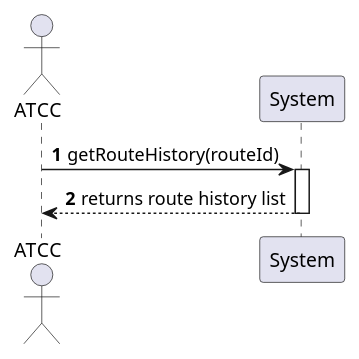
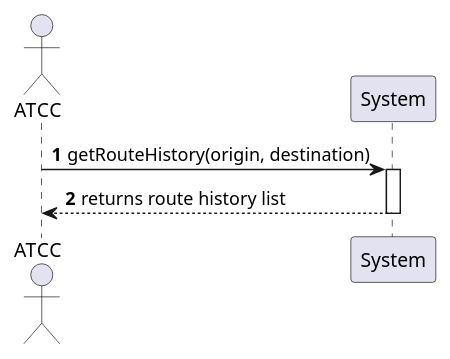
Before and after one commit to VascoMagolo/psoft_1231562_1241692_1242036_2db: the diagram in docs/system-documentation/use-cases/WP3A/US111/puml/ssd_us111.puml, drawn with PlantUML. The commit also changed 3 other files, not shown here.

```diff
--- a/docs/system-documentation/use-cases/WP3A/US111/puml/ssd_us111.puml
+++ b/docs/system-documentation/use-cases/WP3A/US111/puml/ssd_us111.puml
@@ -1,10 +1,10 @@
 @startuml
 autonumber
 actor "ATCC" as Actor
 participant "System" as Sys
 
-Actor -> Sys : getRouteHistory(routeId)
+Actor -> Sys : getRouteHistory(origin, destination)
 activate Sys
 Sys --> Actor : returns route history list
 deactivate Sys
 @enduml
```
